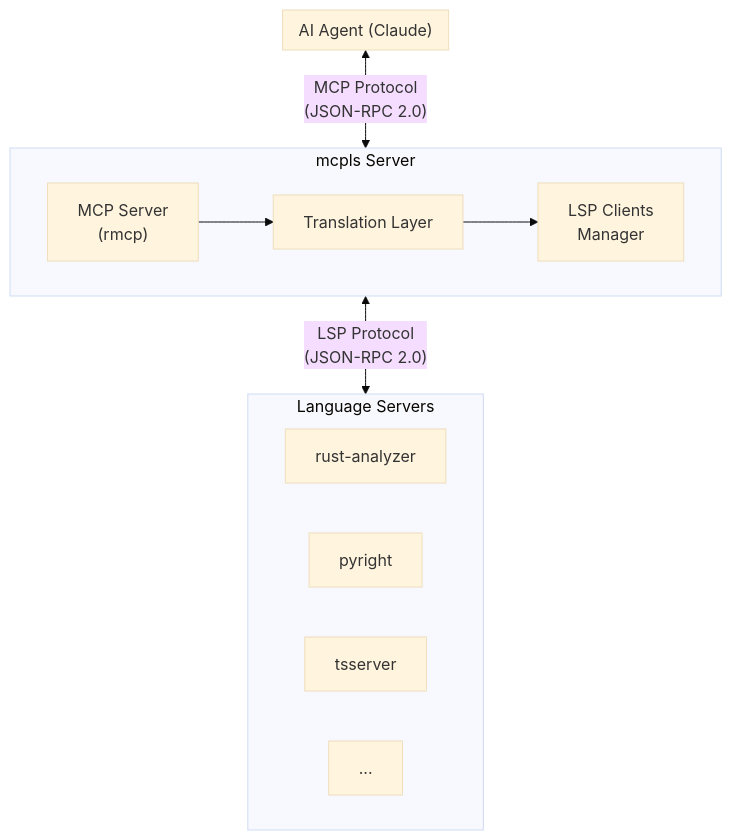
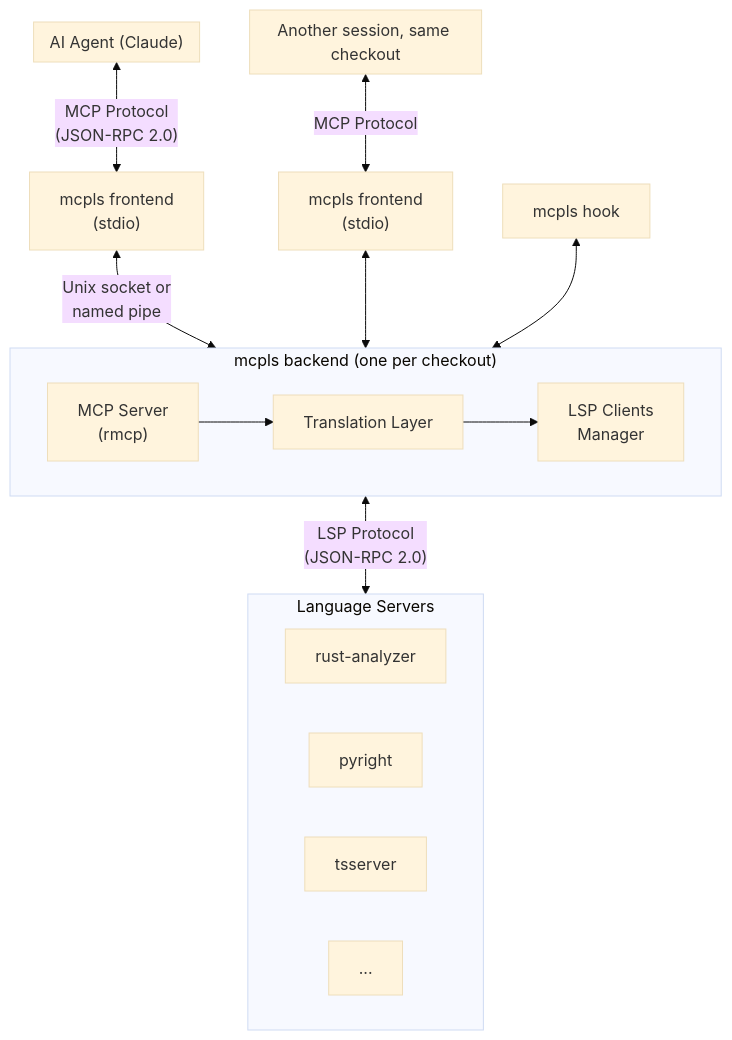
One commit to AbysmalBiscuit/mcpls changed the diagram in README.md. Above: the diagram before and after it, drawn with Mermaid (base theme). The commit also changed other lines of this file and 39 other files, not shown here.

````diff
--- a/README.md
+++ b/README.md
@@ -360,22 +360,33 @@
 ```mermaid
 flowchart TB
     subgraph AI["AI Agent (Claude)"]
     end
 
-    subgraph mcpls["mcpls Server"]
+    subgraph AI2["Another session, same checkout"]
+    end
+
+    FE1["mcpls frontend<br/>(stdio)"]
+    FE2["mcpls frontend<br/>(stdio)"]
+    Hooks["mcpls hook"]
+
+    subgraph Backend["mcpls backend (one per checkout)"]
         MCP["MCP Server<br/>(rmcp)"]
         Trans["Translation Layer"]
         LSP["LSP Clients<br/>Manager"]
         MCP --> Trans --> LSP
     end
 
     subgraph Servers["Language Servers"]
         RA["rust-analyzer"]
         PY["pyright"]
         TS["tsserver"]
         Other["..."]
     end
 
-    AI <-->|"MCP Protocol<br/>(JSON-RPC 2.0)"| mcpls
-    mcpls <-->|"LSP Protocol<br/>(JSON-RPC 2.0)"| Servers
+    AI <-->|"MCP Protocol<br/>(JSON-RPC 2.0)"| FE1
+    AI2 <-->|"MCP Protocol"| FE2
+    FE1 <-->|"Unix socket or<br/>named pipe"| Backend
+    FE2 <--> Backend
+    Hooks <--> Backend
+    Backend <-->|"LSP Protocol<br/>(JSON-RPC 2.0)"| Servers
 ```
````
